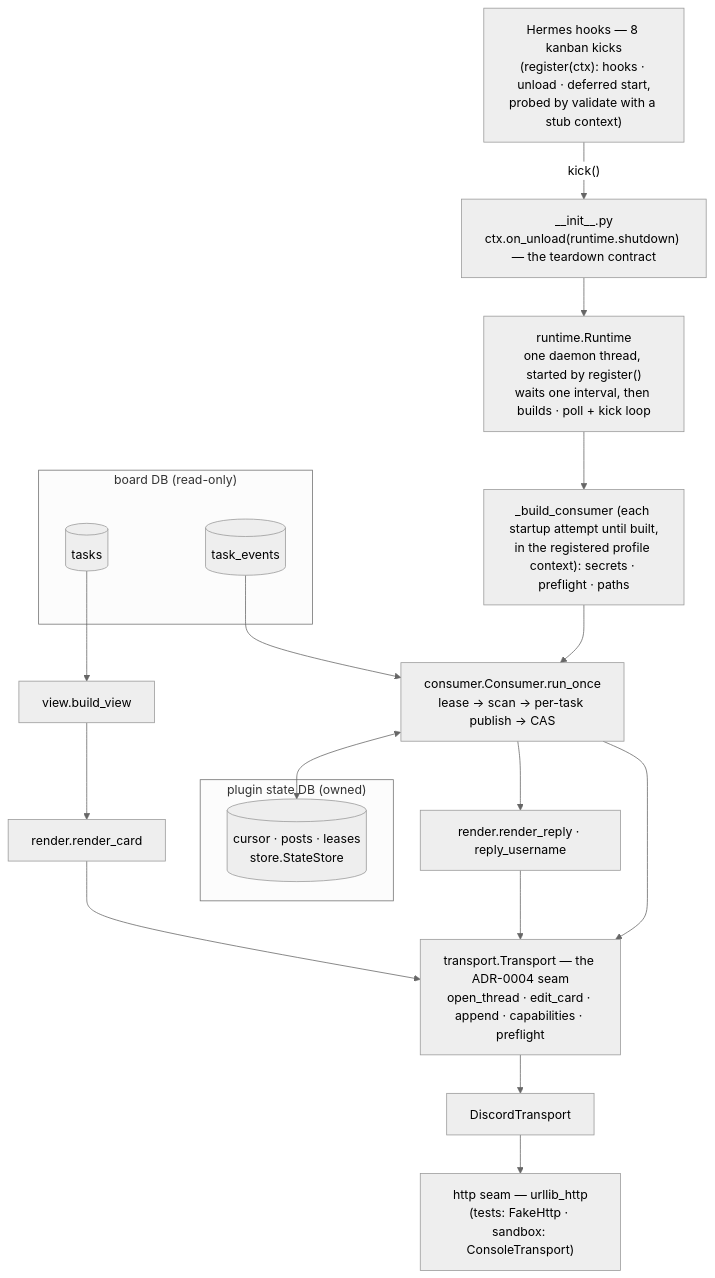
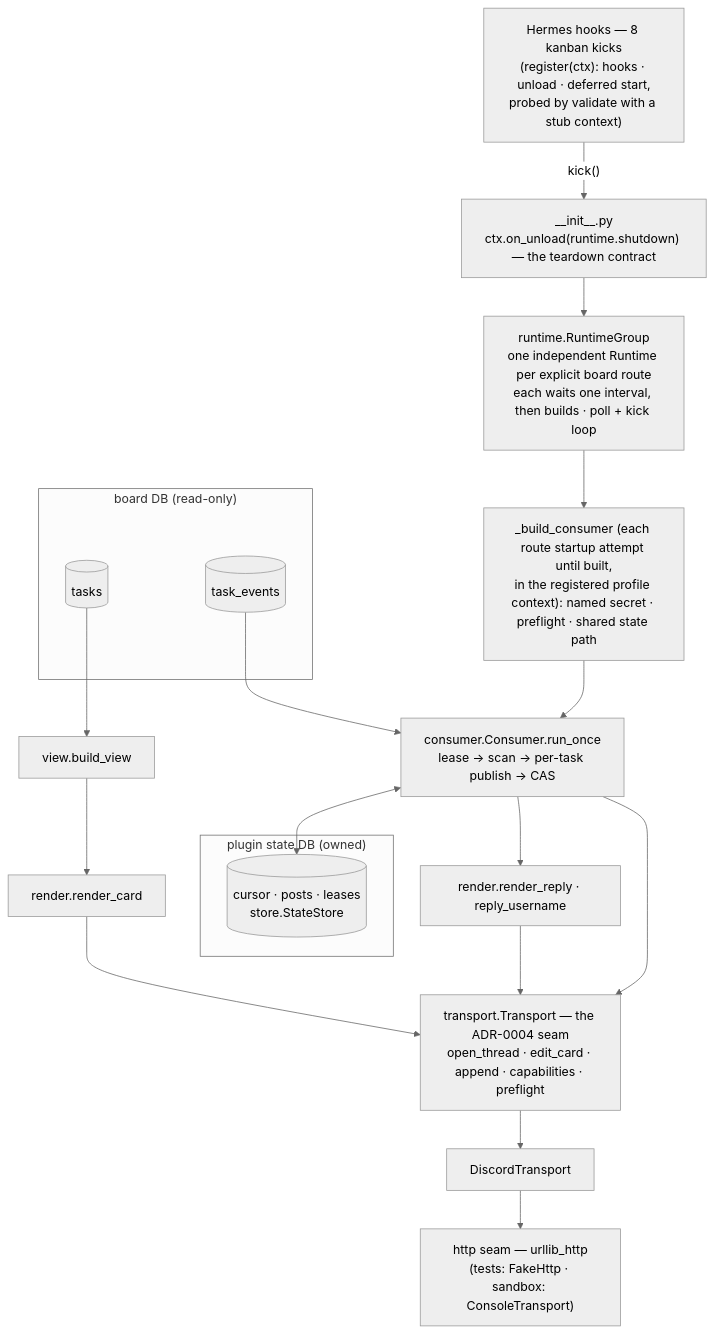
Before and after one commit to diegomarino/kanban-task-threads: the first of 2 diagrams in ARCHITECTURE.md, drawn with Mermaid (neutral theme). The commit also changed other lines of this file and 7 other files, not shown here.

Commit message:
docs: describe board routes and shared publication state

````diff
--- a/ARCHITECTURE.md
+++ b/ARCHITECTURE.md
@@ -9,30 +9,30 @@
 ```mermaid
 flowchart TB
     hooks["Hermes hooks — 8 kanban kicks<br/>(register(ctx): hooks · unload · deferred start,<br/>probed by validate with a stub context)"]
     entry["__init__.py<br/>ctx.on_unload(runtime.shutdown) — the teardown contract"]
-    runtime["runtime.Runtime<br/>one daemon thread, started by register()<br/>waits one interval, then builds · poll + kick loop"]
-    build["_build_consumer (each startup attempt until built,<br/>in the registered profile context): secrets · preflight · paths"]
+    runtime["runtime.RuntimeGroup<br/>one independent Runtime per explicit board route<br/>each waits one interval, then builds · poll + kick loop"]
+    build["_build_consumer (each route startup attempt until built,<br/>in the registered profile context): named secret · preflight · shared state path"]
 
     subgraph boarddb["board DB (read-only)"]
         tasks[(tasks)]
         events[(task_events)]
     end
     subgraph statedb["plugin state DB (owned)"]
         store[("cursor · posts · leases<br/>store.StateStore")]
     end
 
     consumer["consumer.Consumer.run_once<br/>lease → scan → per-task publish → CAS"]
     viewm["view.build_view"]
     card["render.render_card"]
     reply["render.render_reply · reply_username"]
     seam["transport.Transport — the ADR-0004 seam<br/>open_thread · edit_card · append · capabilities · preflight"]
     discord["DiscordTransport"]
     http["http seam — urllib_http<br/>(tests: FakeHttp · sandbox: ConsoleTransport)"]
 
     hooks -->|"kick()"| entry --> runtime --> build --> consumer
     events --> consumer
     tasks --> viewm --> card --> seam
     consumer <--> store
     consumer --> reply --> seam
     consumer --> seam --> discord --> http
 ```
````
